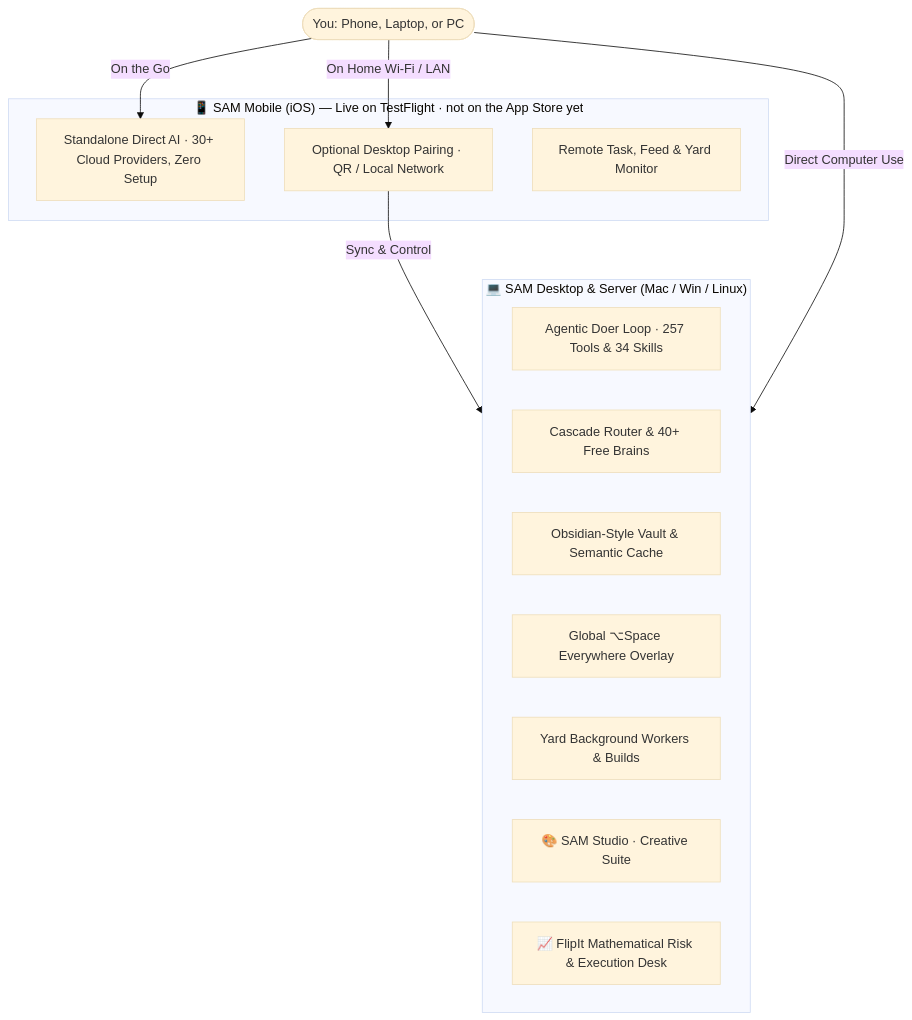
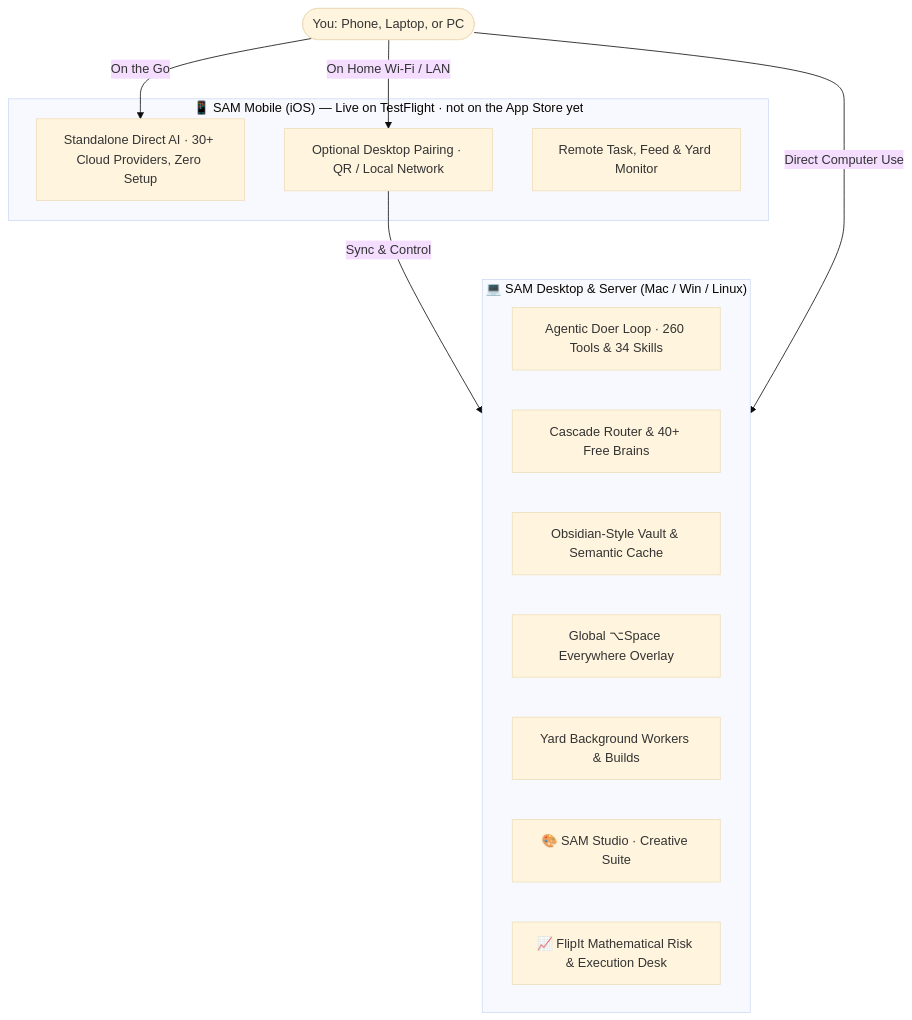
Before and after one commit to richhabits/sam: the diagram in README.md, drawn with Mermaid (base theme). The commit also changed other lines of this file and 2 other files, not shown here.

Commit message:
chore: sync stats (260 tools — adds mt5_account, mt5_positions, mt5_history)

````diff
--- a/README.md
+++ b/README.md
@@ -37,25 +37,25 @@
 ```mermaid
 graph TD
     User([You: Phone, Laptop, or PC])
     
     subgraph Mobile ["📱 SAM Mobile (iOS) — Live on TestFlight · not on the App Store yet"]
         MobileAI[Standalone Direct AI · 30+ Cloud Providers, Zero Setup]
         MobilePair[Optional Desktop Pairing · QR / Local Network]
         MobileYard[Remote Task, Feed & Yard Monitor]
     end
     
     subgraph Core ["💻 SAM Desktop & Server (Mac / Win / Linux)"]
-        Agent[Agentic Doer Loop · 257 Tools & 34 Skills]
+        Agent[Agentic Doer Loop · 260 Tools & 34 Skills]
         Cascade[Cascade Router & 40+ Free Brains]
         Memory[Obsidian-Style Vault & Semantic Cache]
         Overlay[Global ⌥Space Everywhere Overlay]
         Yard[Yard Background Workers & Builds]
         Studio[🎨 SAM Studio · Creative Suite]
         FlipIt[📈 FlipIt Mathematical Risk & Execution Desk]
     end
 
     User -->|On the Go| MobileAI
     User -->|On Home Wi-Fi / LAN| MobilePair
     MobilePair -->|Sync & Control| Core
     User -->|Direct Computer Use| Core
 ```
````
